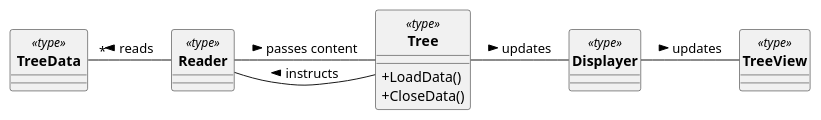
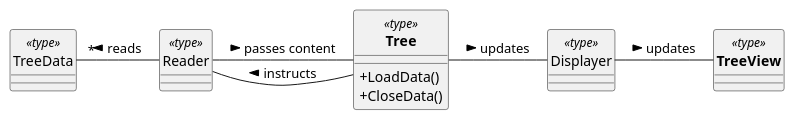
The first of 2 diagrams in uml/uml.puml (jiristrouhal/HoFi), drawn with PlantUML before and after one commit. The commit also changed other lines of this file and 3 other files, not shown here.

Commit message:
Draw class diagram for Tree and Branch classes

```diff
--- a/uml/uml.puml
+++ b/uml/uml.puml
@@ -1,34 +1,19 @@
 @startuml domain_model
     skinparam classAttributeIconSize 0
     skinparam style strictuml
 
-
-    class " **TreeData** " as TD <<type>> {
-
-    }
-
-    class " **Reader** " as R <<type>> {
-
-    }
-
-    class "**Displayer**" as D <<type>> {
-
-    }
- 
-    class "**Tree**" as T <<type>>{
+    class "TreeData" as TD <<type>> {}
+    class "Reader" as R <<type>> {}
+    class "Displayer" as D <<type>> {}
+    class "**Tree**" as T <<type>> {
         + LoadData()
         + CloseData()
     }
-
-    class "**TreeView**" as TV <<type>> {
-
-    }
+    class "**TreeView**" as TV <<type>> {}
 
     TD " * " --right-- R: reads < 
     R --right-- T: passes content >
     R --right-- T: instructs <
     T --right-- D: updates >
     D -right- TV: updates >
-
-
 @enduml
```
